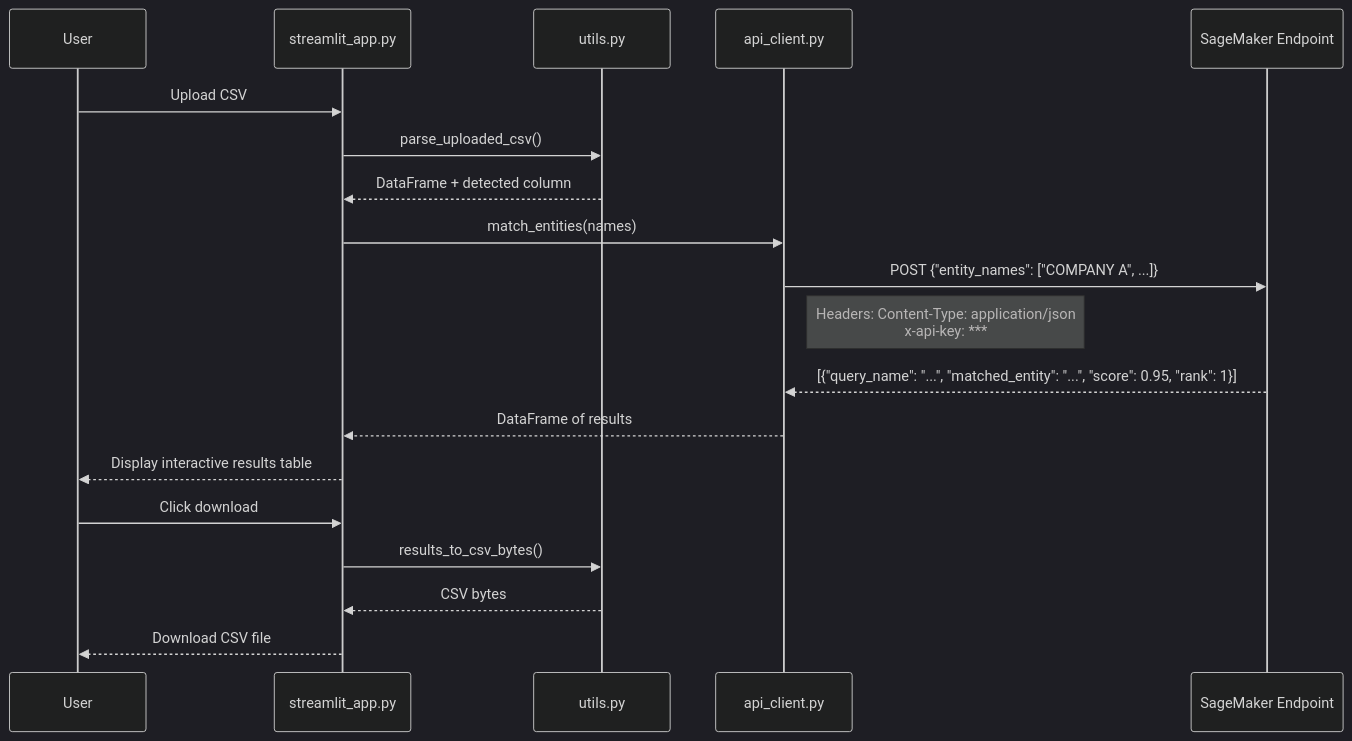
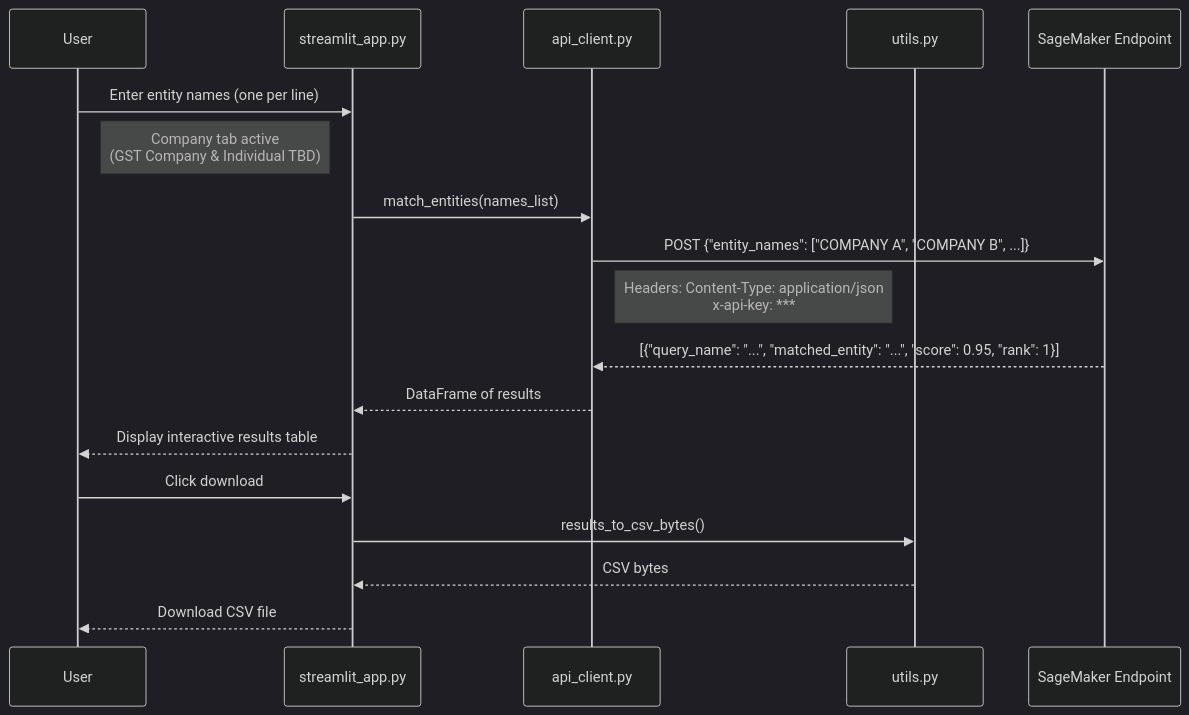
Before and after one commit to supperr-coder/gst-registrants: the second of 2 diagrams in README.md, drawn with Mermaid (dark theme). The commit also changed other lines of this file, not shown here.

Commit message:
Update Mermaid diagrams to reflect new streamlit_app.py
- 3 tabs: Company / GST Company / Individual
- Multi-line text input instead of single entity + CSV upload
- Renamed to IRAS Entity Matcher
- GST Company and Individual tabs are TBD

https://claude.ai/code/session_01CWJBBnGQVF9rvM9ks4pjPP

````diff
--- a/README.md
+++ b/README.md
@@ -45,24 +45,23 @@
 ```mermaid
 sequenceDiagram
     participant U as User
     participant S as streamlit_app.py
+    participant A as api_client.py
     participant V as utils.py
-    participant A as api_client.py
     participant E as SageMaker Endpoint
 
-    U->>S: Upload CSV
-    S->>V: parse_uploaded_csv()
-    V-->>S: DataFrame + detected column
+    U->>S: Enter entity names (one per line)
+    Note left of S: Company tab active<br/>(GST Company & Individual TBD)
 
-    S->>A: match_entities(names)
-    A->>E: POST {"entity_names": ["COMPANY A", ...]}
+    S->>A: match_entities(names_list)
+    A->>E: POST {"entity_names": ["COMPANY A", "COMPANY B", ...]}
     Note right of A: Headers: Content-Type: application/json<br/>x-api-key: ***
     E-->>A: [{"query_name": "...", "matched_entity": "...", "score": 0.95, "rank": 1}]
     A-->>S: DataFrame of results
 
     S-->>U: Display interactive results table
     U->>S: Click download
     S->>V: results_to_csv_bytes()
     V-->>S: CSV bytes
     S-->>U: Download CSV file
 ```
````
